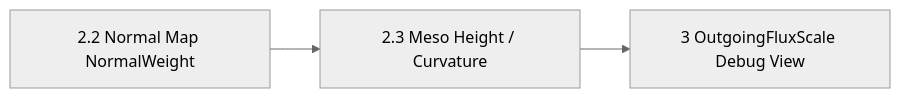
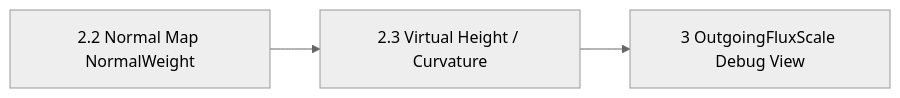
Before and after one commit to Yonaim/Material-Dependent-Surface-State-Engine: the diagram in Docs/MDSSP-Vault/03_Planning/02_Weekly-Details/Week-05/0002_03_Branch-Solver-Meso-Geometry.md, drawn with Mermaid (neutral theme). The commit also changed other lines of this file and 35 other files, not shown here.

Commit message:
Docs: Virtual Meso Geometry 용어와 형상 설명 정리

````diff
--- a/Docs/MDSSP-Vault/03_Planning/02_Weekly-Details/Week-05/0002_03_Branch-Solver-Meso-Geometry.md
+++ b/Docs/MDSSP-Vault/03_Planning/02_Weekly-Details/Week-05/0002_03_Branch-Solver-Meso-Geometry.md
@@ -97,5 +97,5 @@
 ```mermaid
 flowchart LR
-    Weights[2.2 Normal Map NormalWeight] --> Meso[2.3 Meso Height / Curvature]
+    Weights[2.2 Normal Map NormalWeight] --> Meso[2.3 Virtual Height / Curvature]
     Meso --> FluxView[3 OutgoingFluxScale Debug View]
 ```
````
